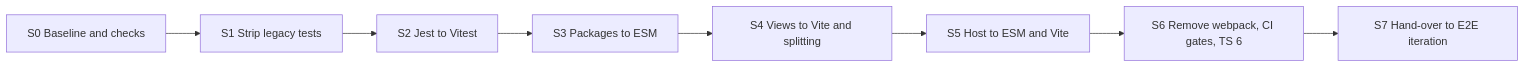
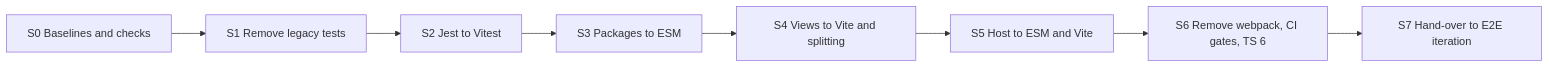
One commit to microsoft/vscode-documentdb changed the first of 2 diagrams in docs/ai-and-plans/modernization/build-and-test-stack.md. Above: the diagram before and after it, drawn with Mermaid. The commit also changed other lines of this file and 3 other files, not shown here.

````diff
--- a/docs/ai-and-plans/modernization/build-and-test-stack.md
+++ b/docs/ai-and-plans/modernization/build-and-test-stack.md
@@ -185,4 +80,4 @@
 ```mermaid
 flowchart LR
-    S0[S0 Baseline and checks] --> S1[S1 Strip legacy tests] --> S2[S2 Jest to Vitest] --> S3[S3 Packages to ESM] --> S4[S4 Views to Vite and splitting] --> S5[S5 Host to ESM and Vite] --> S6[S6 Remove webpack, CI gates, TS 6] --> S7[S7 Hand-over to E2E iteration]
+    S0[S0 Baselines and checks] --> S1[S1 Remove legacy tests] --> S2[S2 Jest to Vitest] --> S3[S3 Packages to ESM] --> S4[S4 Views to Vite and splitting] --> S5[S5 Host to ESM and Vite] --> S6[S6 Remove webpack, CI gates, TS 6] --> S7[S7 Hand-over to E2E iteration]
 ```
````
